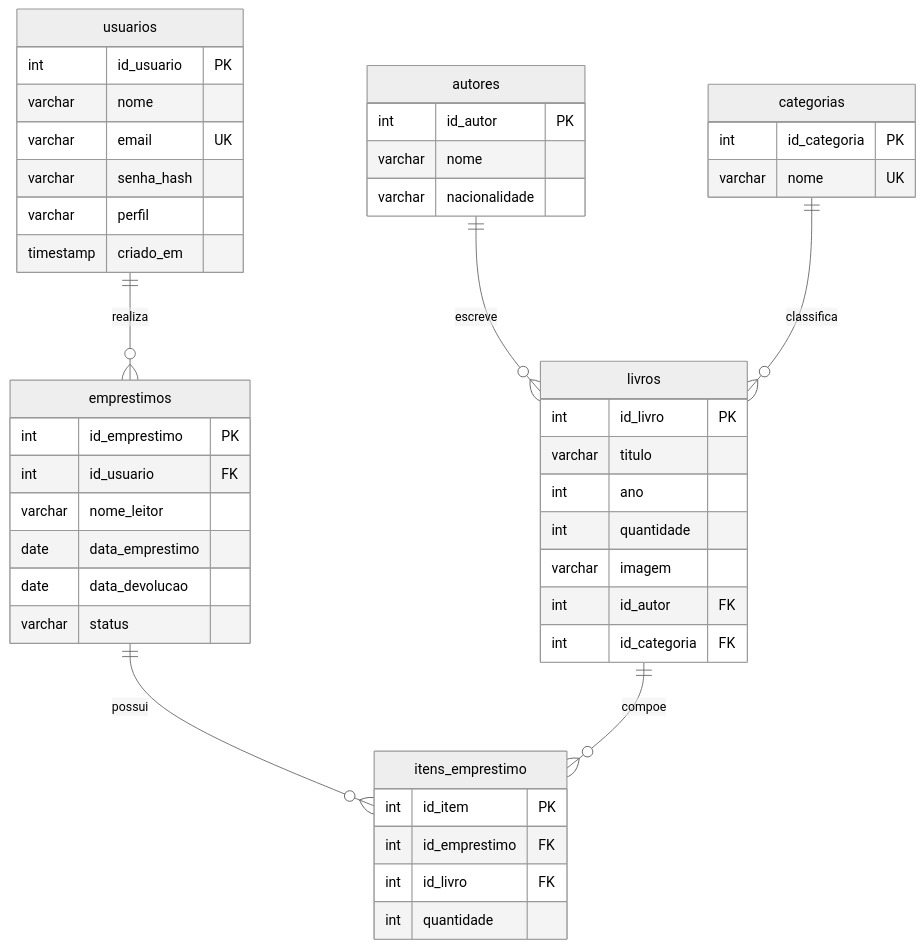
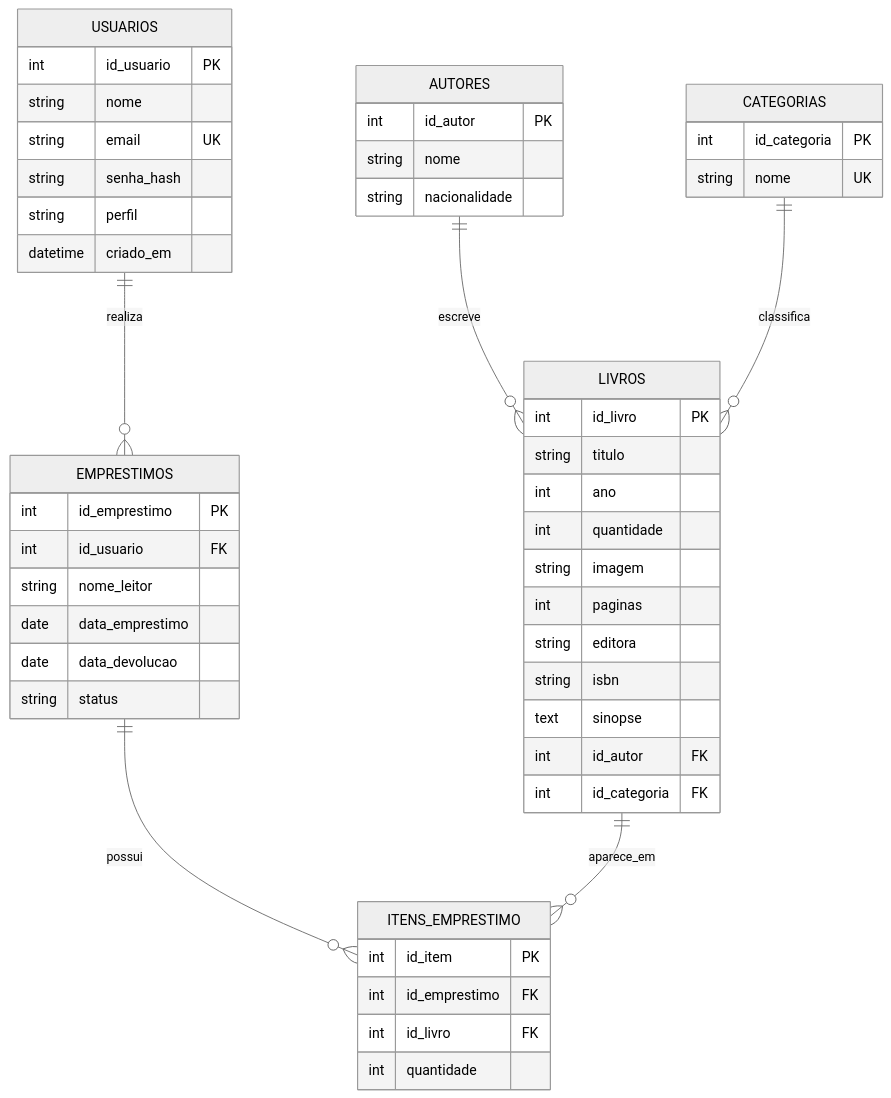
The diagram in database/der.md (Soturine/biblioteca-geek-fullstack), drawn with Mermaid (neutral theme) before and after one commit. The commit also changed 68 other files, not shown here.

````diff
--- a/database/der.md
+++ b/database/der.md
@@ -3,54 +3,58 @@
 ```mermaid
 erDiagram
-  usuarios ||--o{ emprestimos : realiza
-  autores ||--o{ livros : escreve
-  categorias ||--o{ livros : classifica
-  emprestimos ||--o{ itens_emprestimo : possui
-  livros ||--o{ itens_emprestimo : compoe
+    USUARIOS ||--o{ EMPRESTIMOS : realiza
+    AUTORES ||--o{ LIVROS : escreve
+    CATEGORIAS ||--o{ LIVROS : classifica
+    EMPRESTIMOS ||--o{ ITENS_EMPRESTIMO : possui
+    LIVROS ||--o{ ITENS_EMPRESTIMO : aparece_em
 
-  usuarios {
-    int id_usuario PK
-    varchar nome
-    varchar email UK
-    varchar senha_hash
-    varchar perfil
-    timestamp criado_em
-  }
+    USUARIOS {
+        int id_usuario PK
+        string nome
+        string email UK
+        string senha_hash
+        string perfil
+        datetime criado_em
+    }
 
-  autores {
-    int id_autor PK
-    varchar nome
-    varchar nacionalidade
-  }
+    AUTORES {
+        int id_autor PK
+        string nome
+        string nacionalidade
+    }
 
-  categorias {
-    int id_categoria PK
-    varchar nome UK
-  }
+    CATEGORIAS {
+        int id_categoria PK
+        string nome UK
+    }
 
-  livros {
-    int id_livro PK
-    varchar titulo
-    int ano
-    int quantidade
-    varchar imagem
-    int id_autor FK
-    int id_categoria FK
-  }
+    LIVROS {
+        int id_livro PK
+        string titulo
+        int ano
+        int quantidade
+        string imagem
+        int paginas
+        string editora
+        string isbn
+        text sinopse
+        int id_autor FK
+        int id_categoria FK
+    }
 
-  emprestimos {
-    int id_emprestimo PK
-    int id_usuario FK
-    varchar nome_leitor
-    date data_emprestimo
-    date data_devolucao
-    varchar status
-  }
+    EMPRESTIMOS {
+        int id_emprestimo PK
+        int id_usuario FK
+        string nome_leitor
+        date data_emprestimo
+        date data_devolucao
+        string status
+    }
 
-  itens_emprestimo {
-    int id_item PK
-    int id_emprestimo FK
-    int id_livro FK
-    int quantidade
-  }
+    ITENS_EMPRESTIMO {
+        int id_item PK
+        int id_emprestimo FK
+        int id_livro FK
+        int quantidade
+    }
 ```
````
